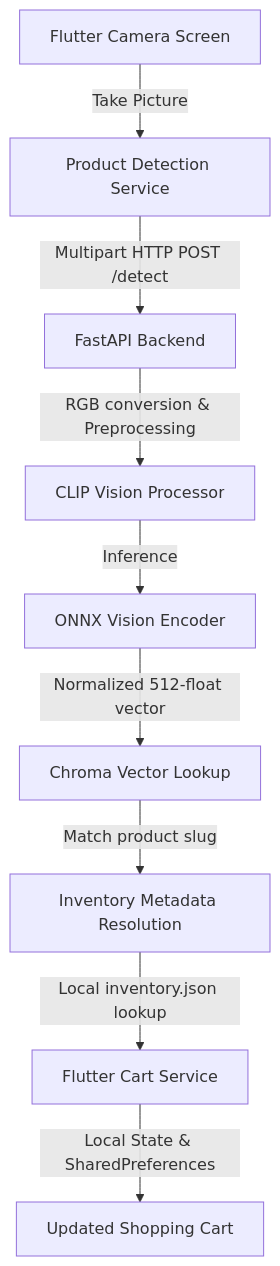
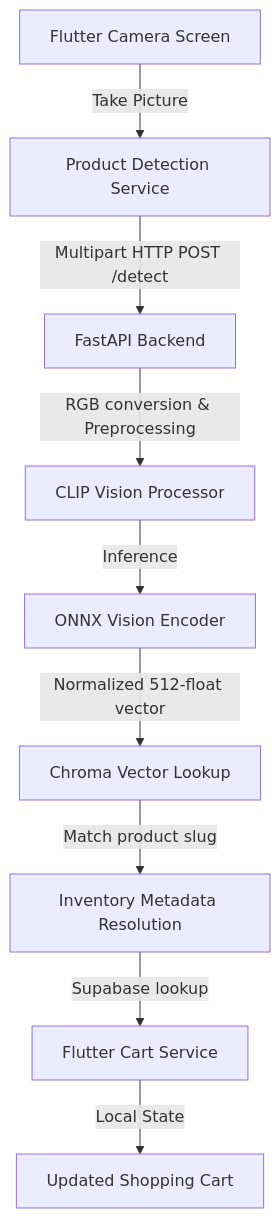
The diagram in README.md (Unknown-Geek/AIShoppingAssistance), drawn with Mermaid before and after one commit.

````diff
--- a/README.md
+++ b/README.md
@@ -17,11 +17,11 @@
 ```mermaid
 graph TD
     A[Flutter Camera Screen] -->|Take Picture| B[Product Detection Service]
     B -->|Multipart HTTP POST /detect| C[FastAPI Backend]
     C -->|RGB conversion & Preprocessing| D[CLIP Vision Processor]
     D -->|Inference| E[ONNX Vision Encoder]
     E -->|Normalized 512-float vector| F[Chroma Vector Lookup]
     F -->|Match product slug| G[Inventory Metadata Resolution]
-    G -->|Local inventory.json lookup| H[Flutter Cart Service]
-    H -->|Local State & SharedPreferences| I[Updated Shopping Cart]
+    G -->|Supabase lookup| H[Flutter Cart Service]
+    H -->|Local State| I[Updated Shopping Cart]
 ```
````
